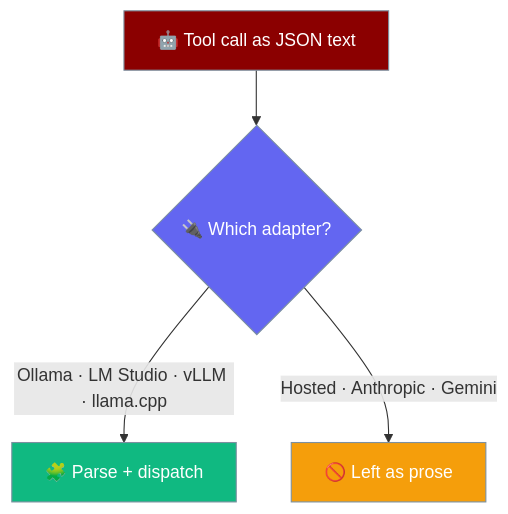
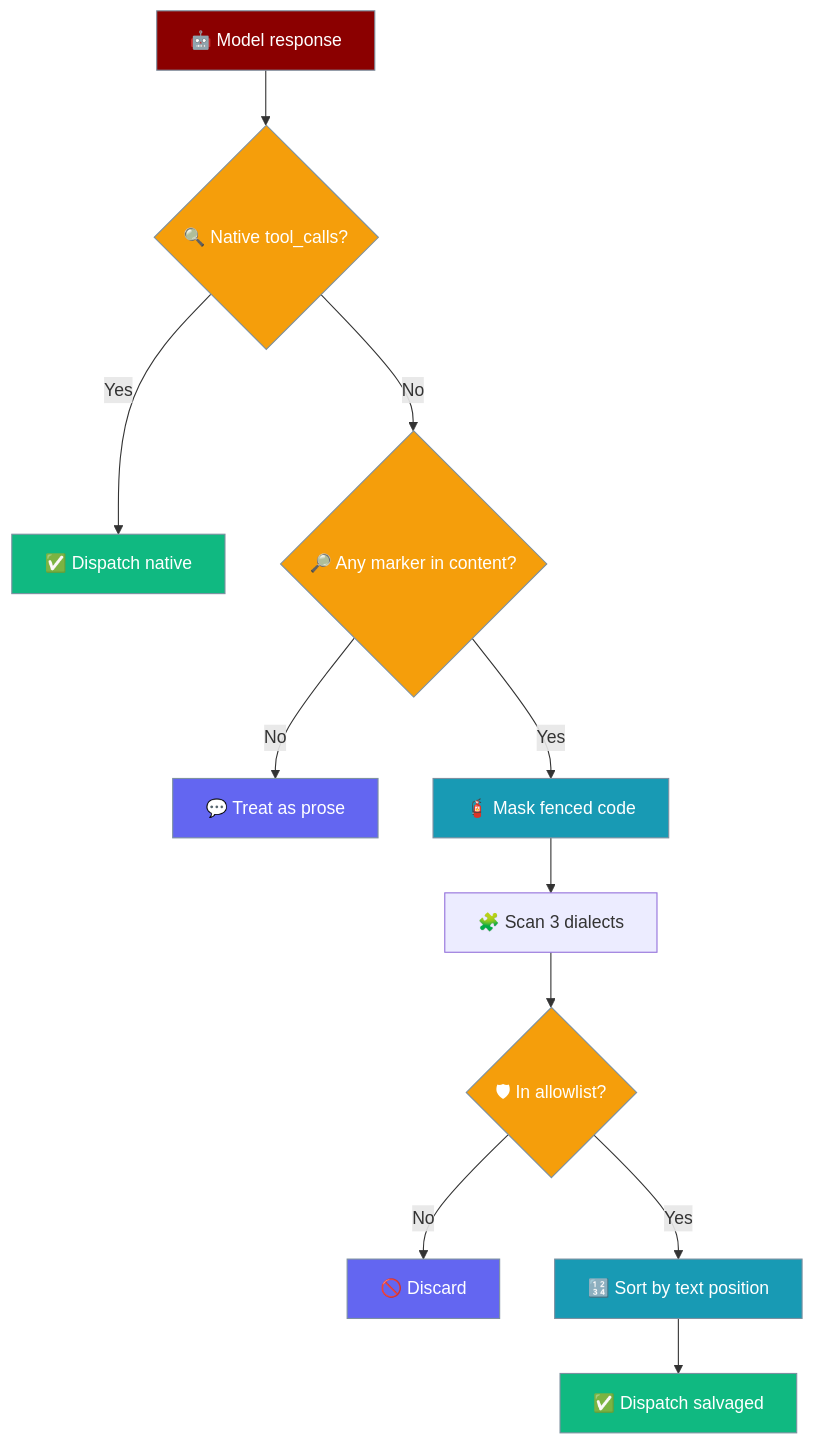
One commit to MervinPraison/PraisonAIDocs changed the third of 3 diagrams in docs/features/tool-call-self-repair.mdx. Above: the diagram before and after it, drawn with Mermaid. The commit also changed other lines of this file and 2 other files, not shown here.

First line of the commit message:
docs: extend text-format tool-call salvage to <tool_call> and <function=…> dialects (fixes #4243)

````diff
--- a/docs/features/tool-call-self-repair.mdx
+++ b/docs/features/tool-call-self-repair.mdx
@@ -244,16 +312,25 @@
 ```mermaid
 graph TB
-    Text[🤖 Tool call as JSON text] --> Which{🔌 Which adapter?}
-    Which -->|Ollama · LM Studio · vLLM · llama.cpp| Parse[🧩 Parse + dispatch]
-    Which -->|Hosted · Anthropic · Gemini| Skip[🚫 Left as prose]
+    Resp[🤖 Model response] --> Native{🔍 Native tool_calls?}
+    Native -->|Yes| RunNative[✅ Dispatch native]
+    Native -->|No| Marker{🔎 Any marker in content?}
+    Marker -->|No| Prose[💬 Treat as prose]
+    Marker -->|Yes| Mask[🧯 Mask fenced code]
+    Mask --> Parse[🧩 Scan 3 dialects]
+    Parse --> Allow{🛡 In allowlist?}
+    Allow -->|No| Drop[🚫 Discard]
+    Allow -->|Yes| Order[🔢 Sort by text position]
+    Order --> RunSalv[✅ Dispatch salvaged]
 
     classDef input fill:#8B0000,stroke:#7C90A0,color:#fff
-    classDef check fill:#6366F1,stroke:#7C90A0,color:#fff
+    classDef check fill:#F59E0B,stroke:#7C90A0,color:#fff
+    classDef safe fill:#189AB4,stroke:#7C90A0,color:#fff
     classDef good fill:#10B981,stroke:#7C90A0,color:#fff
-    classDef skip fill:#F59E0B,stroke:#7C90A0,color:#fff
+    classDef skip fill:#6366F1,stroke:#7C90A0,color:#fff
 
-    class Text input
-    class Which check
-    class Parse good
-    class Skip skip
+    class Resp input
+    class Native,Marker,Allow check
+    class Mask,Order safe
+    class RunNative,RunSalv good
+    class Prose,Drop skip
 ```
````
